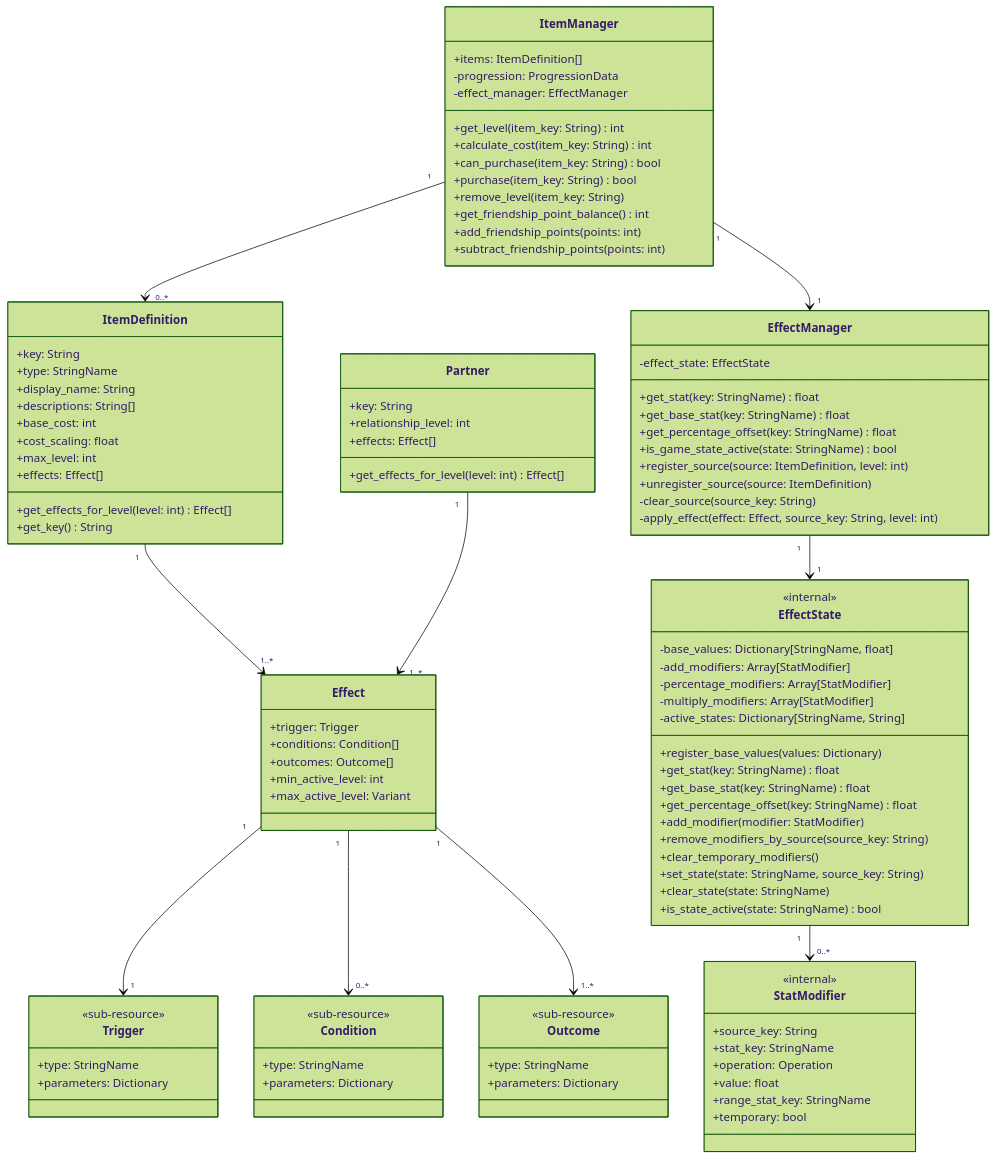
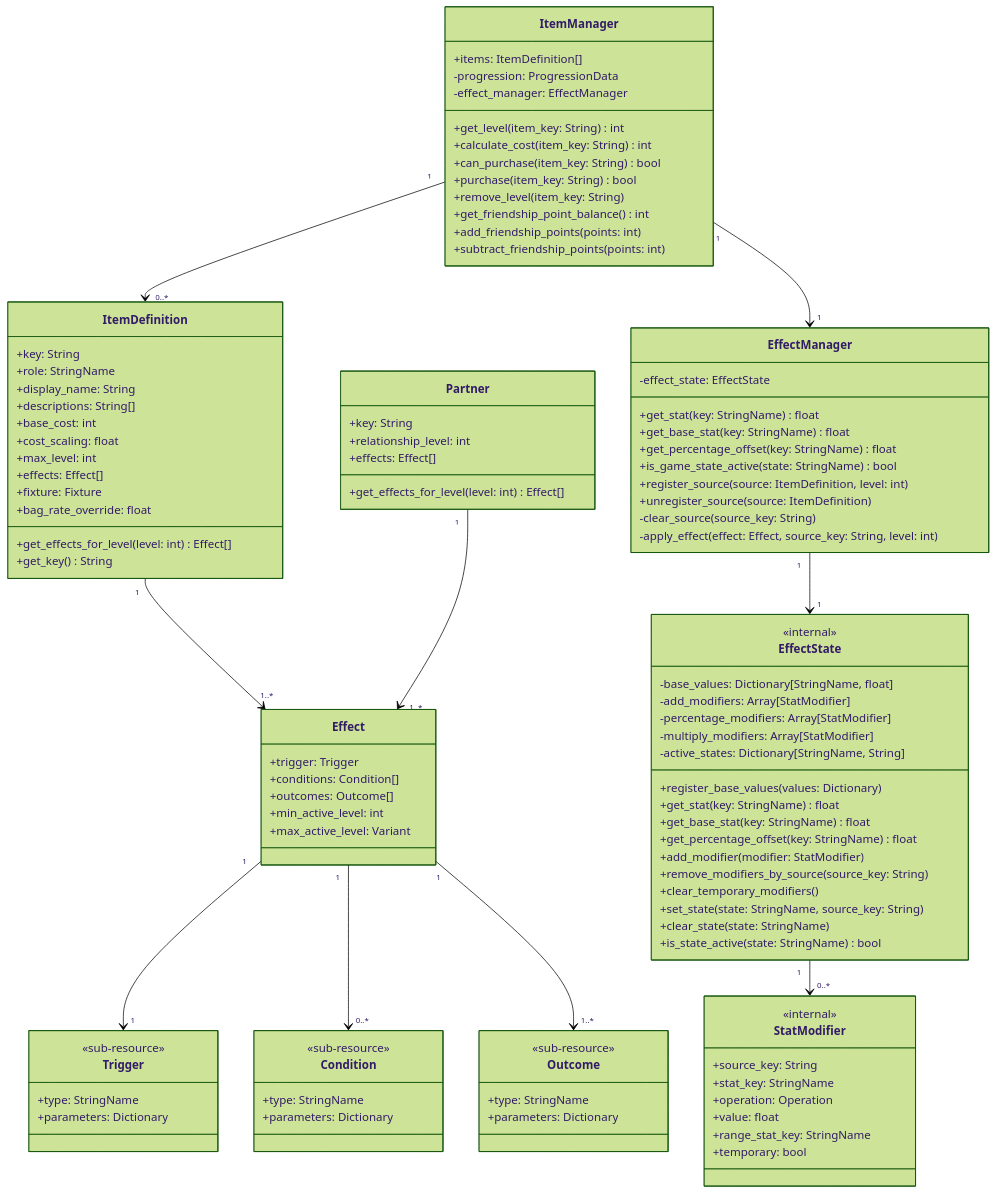
Before and after one commit to J-Melon/volley-vendetta: the first of 10 diagrams in designs/01-prototype/07-effect-system.md, drawn with Mermaid (forest theme). The commit also changed other lines of this file and 10 other files, not shown here.

```diff
--- a/designs/01-prototype/07-effect-system.md
+++ b/designs/01-prototype/07-effect-system.md
@@ -16,13 +16,15 @@
 classDiagram
     class ItemDefinition {
         +key: String
-        +type: StringName
+        +role: StringName
         +display_name: String
         +descriptions: String[]
         +base_cost: int
         +cost_scaling: float
         +max_level: int
         +effects: Effect[]
+        +fixture: Fixture
+        +bag_rate_override: float
         +get_effects_for_level(level: int) Effect[]
         +get_key() String
     }
```
